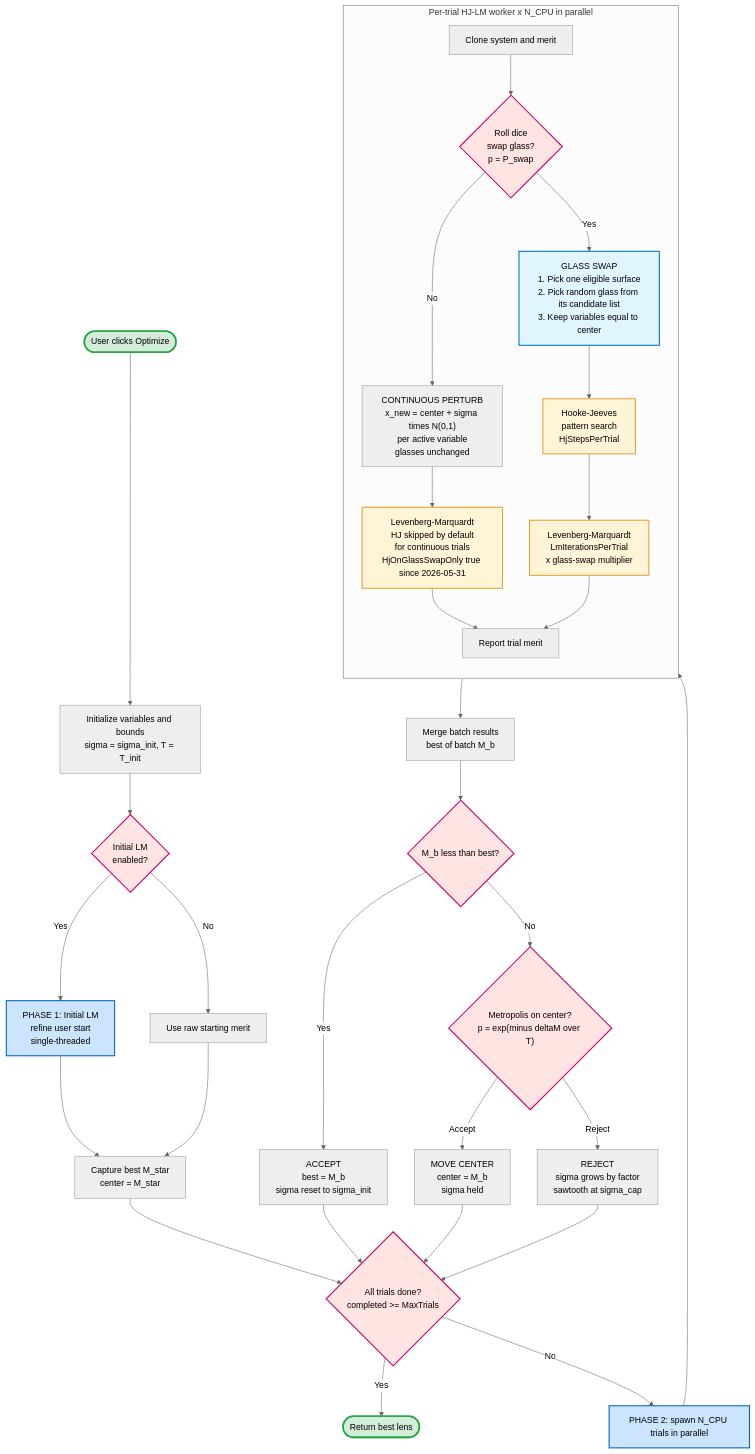
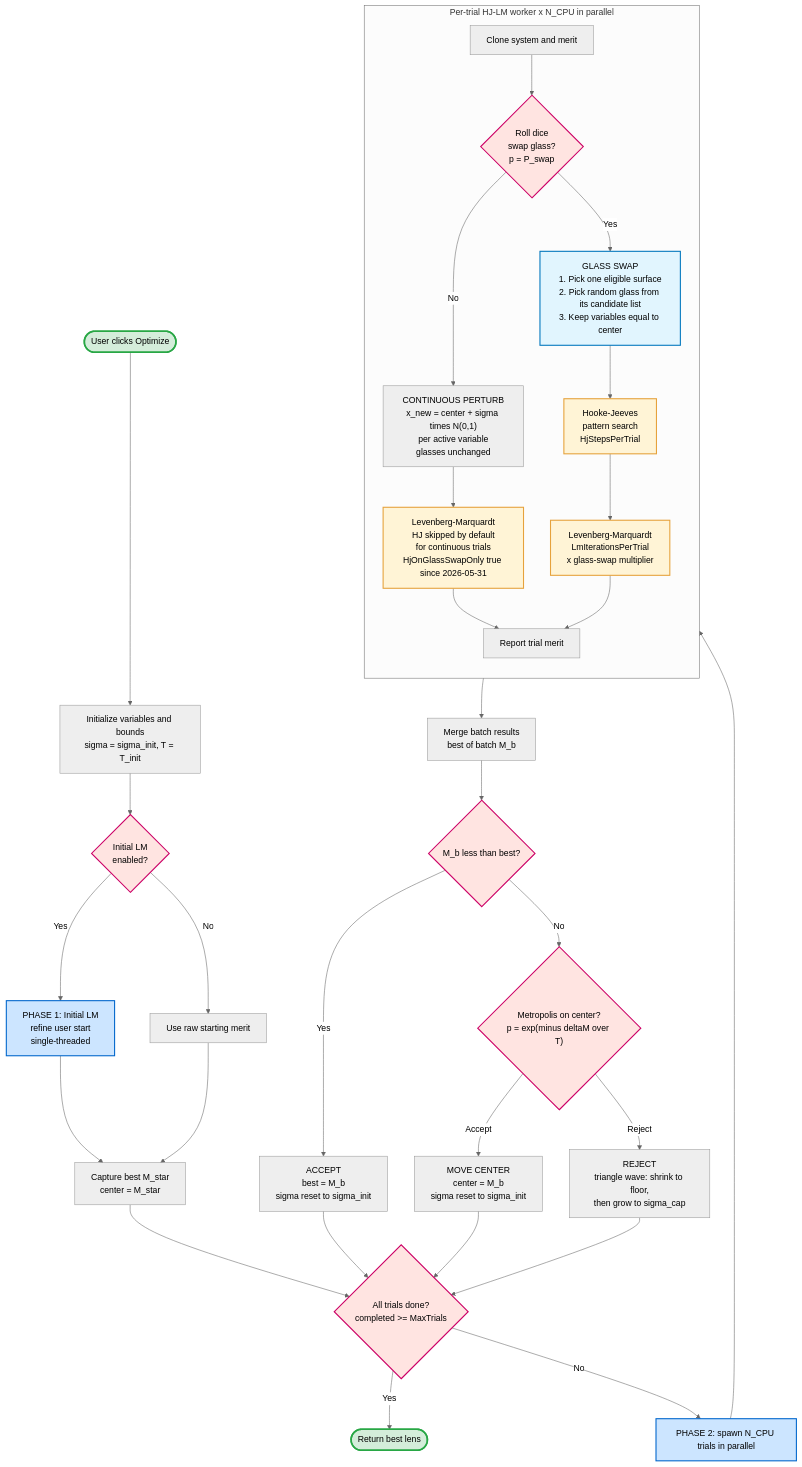
The diagram in docs/build/diagrams/1_multistart.mmd (SynapseOptics/LensHH-LT), drawn with Mermaid (neutral theme) before and after one commit. The commit also changed 10 other files, not shown here.

First line of the commit message:
1.0.117: Multistart triangle-wave sigma, simplified GPU pre-screen UI, docs

```diff
--- a/docs/build/diagrams/1_multistart.mmd
+++ b/docs/build/diagrams/1_multistart.mmd
@@ -1,41 +1,41 @@
 flowchart TD
     Start(["User clicks Optimize"]) --> Init["Initialize variables and bounds<br>sigma = sigma_init, T = T_init"]
     Init --> Ph1Check{"Initial LM<br>enabled?"}
     Ph1Check -- Yes --> Ph1LM["PHASE 1: Initial LM<br>refine user start<br>single-threaded"]
     Ph1Check -- No --> Skip1["Use raw starting merit"]
     Ph1LM --> CaptureBest["Capture best M_star<br>center = M_star"]
     Skip1 --> CaptureBest
     CaptureBest --> LoopCheck{"All trials done?<br>completed >= MaxTrials"}
     LoopCheck -- Yes --> Return(["Return best lens"])
     LoopCheck -- No --> StartBatch["PHASE 2: spawn N_CPU trials in parallel"]
     StartBatch --> Trial
     subgraph Trial["Per-trial HJ-LM worker x N_CPU in parallel"]
         direction TB
         T1["Clone system and merit"] --> T2{"Roll dice<br>swap glass?<br>p = P_swap"}
         T2 -- Yes --> T3a["GLASS SWAP<br>1. Pick one eligible surface<br>2. Pick random glass from its candidate list<br>3. Keep variables equal to center"]
         T2 -- No --> T3b["CONTINUOUS PERTURB<br>x_new = center + sigma times N(0,1)<br>per active variable<br>glasses unchanged"]
         T3a --> T5["Hooke-Jeeves<br>pattern search<br>HjStepsPerTrial"]
         T3b --> T6["Levenberg-Marquardt<br>HJ skipped by default<br>for continuous trials<br>HjOnGlassSwapOnly true since 2026-05-31"]
         T5 --> T6b["Levenberg-Marquardt<br>LmIterationsPerTrial<br>x glass-swap multiplier"]
         T6 --> T7["Report trial merit"]
         T6b --> T7
     end
     Trial --> Merge["Merge batch results<br>best of batch M_b"]
     Merge --> Acc{"M_b less than best?"}
     Acc -- Yes --> Accept["ACCEPT<br>best = M_b<br>sigma reset to sigma_init"]
     Acc -- No --> Metro{"Metropolis on center?<br>p = exp(minus deltaM over T)"}
-    Metro -- Accept --> MetroAcc["MOVE CENTER<br>center = M_b<br>sigma held"]
-    Metro -- Reject --> Reject["REJECT<br>sigma grows by factor<br>sawtooth at sigma_cap"]
+    Metro -- Accept --> MetroAcc["MOVE CENTER<br>center = M_b<br>sigma reset to sigma_init"]
+    Metro -- Reject --> Reject["REJECT<br>triangle wave: shrink to floor,<br>then grow to sigma_cap"]
     Accept --> LoopCheck
     MetroAcc --> LoopCheck
     Reject --> LoopCheck
     classDef expensive fill:#fff4d6,stroke:#e6a23c,stroke-width:2px,color:#000
     classDef phase fill:#cce5ff,stroke:#0066cc,stroke-width:2px,color:#000
     classDef decision fill:#ffe4e1,stroke:#cc0066,stroke-width:2px,color:#000
     classDef terminal fill:#d4edda,stroke:#28a745,stroke-width:3px,color:#000
     classDef glass fill:#e1f5fe,stroke:#0277bd,stroke-width:2px,color:#000
     class T5,T6,T6b expensive
     class Ph1LM,StartBatch phase
     class T2,Acc,Metro,LoopCheck,Ph1Check decision
     class Start,Return terminal
     class T3a glass
```
